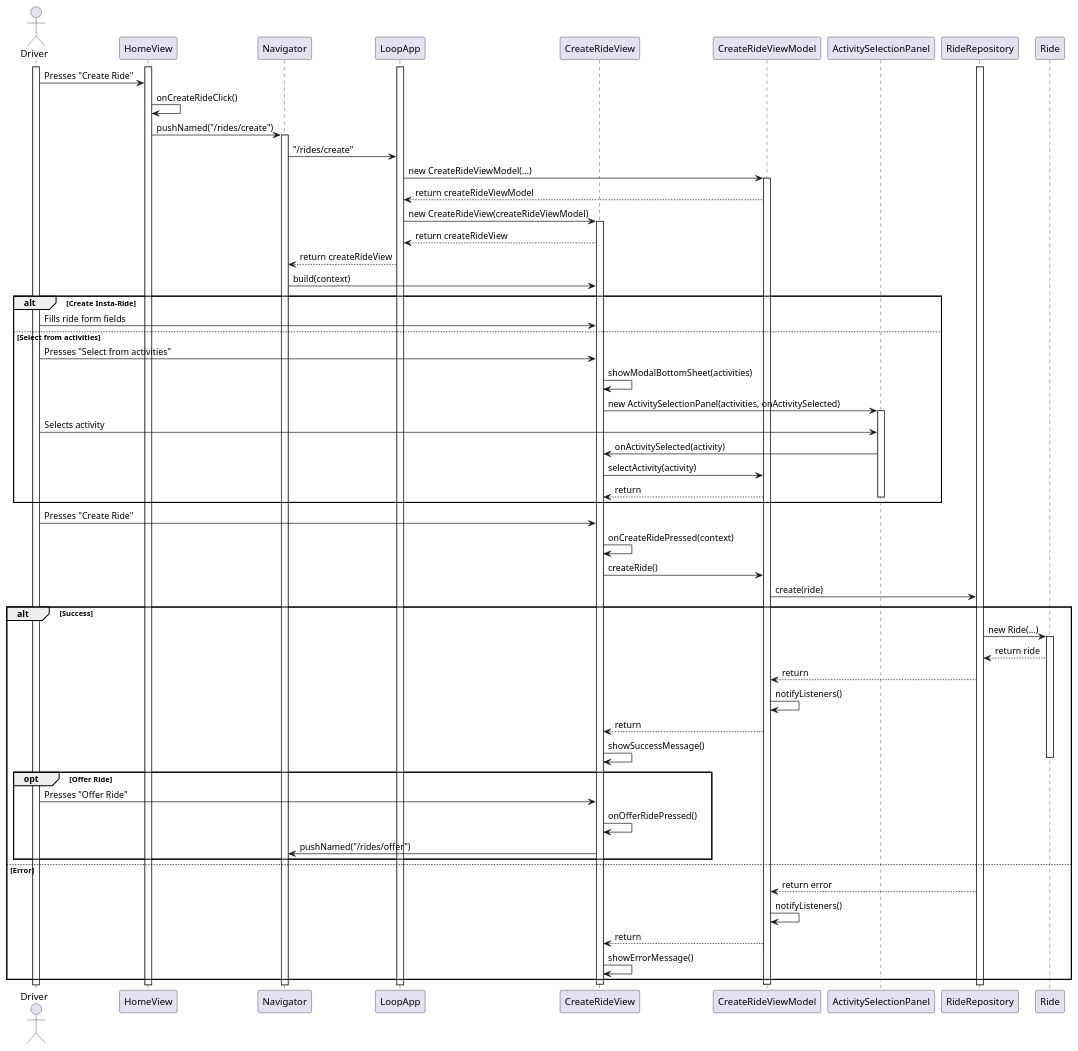
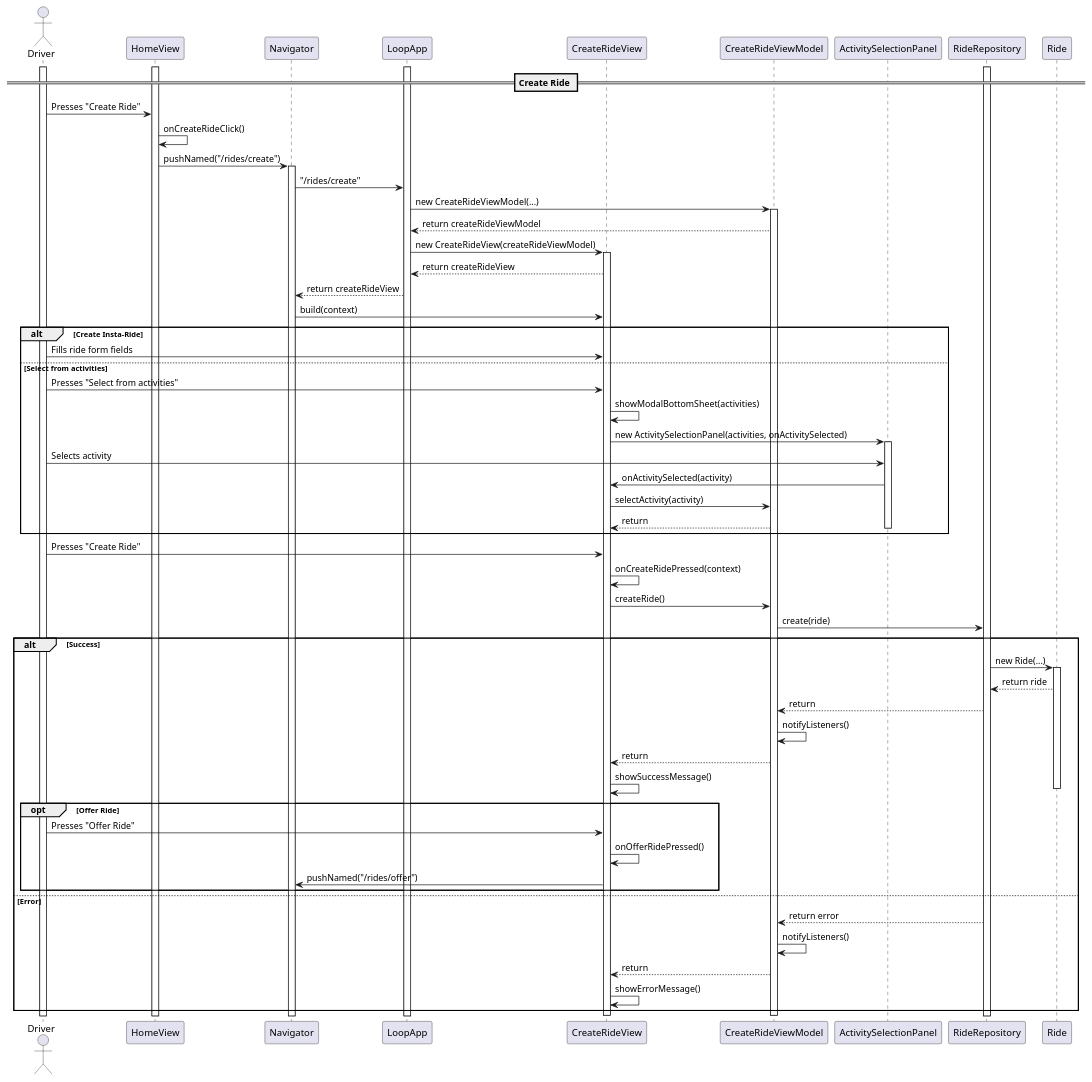
Before and after one commit to YannisRavasopoulos/ProjectSD_S6: the diagram in reports/sequence/create-ride.plantuml, drawn with PlantUML.

Commit message:
Add name

```diff
--- a/reports/sequence/create-ride.plantuml
+++ b/reports/sequence/create-ride.plantuml
@@ -1,74 +1,75 @@
 @startuml
 
 actor Driver
 
 participant HomeView
 participant Navigator
 participant LoopApp
 participant CreateRideView
 participant CreateRideViewModel
 participant ActivitySelectionPanel
 participant RideRepository
 
 activate Driver
 
-' Main flow: Driver starts creating a ride
+== Create Ride ==
+
 activate LoopApp
 activate RideRepository
 activate HomeView
 Driver -> HomeView: Presses "Create Ride"
 HomeView -> HomeView: onCreateRideClick()
 HomeView -> Navigator: pushNamed("/rides/create")
 activate Navigator
 Navigator -> LoopApp: "/rides/create"
 LoopApp -> CreateRideViewModel: new CreateRideViewModel(...)
 activate CreateRideViewModel
 CreateRideViewModel --> LoopApp: return createRideViewModel
 LoopApp -> CreateRideView: new CreateRideView(createRideViewModel)
 activate CreateRideView
 CreateRideView --> LoopApp: return createRideView
 LoopApp --> Navigator: return createRideView
 Navigator -> CreateRideView: build(context)
 
 alt Create Insta-Ride
     Driver -> CreateRideView: Fills ride form fields
 else Select from activities
     Driver -> CreateRideView: Presses "Select from activities"
     CreateRideView -> CreateRideView: showModalBottomSheet(activities)
     CreateRideView -> ActivitySelectionPanel: new ActivitySelectionPanel(activities, onActivitySelected)
     activate ActivitySelectionPanel
     Driver -> ActivitySelectionPanel: Selects activity
     ActivitySelectionPanel -> CreateRideView: onActivitySelected(activity)
     CreateRideView -> CreateRideViewModel: selectActivity(activity)
     CreateRideViewModel --> CreateRideView: return
     deactivate ActivitySelectionPanel
 end
 Driver -> CreateRideView: Presses "Create Ride"
 CreateRideView -> CreateRideView: onCreateRidePressed(context)
 CreateRideView -> CreateRideViewModel: createRide()
 CreateRideViewModel -> RideRepository: create(ride)
 alt Success
 RideRepository -> Ride: new Ride(...)
 activate Ride
 Ride --> RideRepository: return ride
 RideRepository --> CreateRideViewModel: return
 CreateRideViewModel -> CreateRideViewModel: notifyListeners()
 CreateRideViewModel --> CreateRideView: return
 CreateRideView -> CreateRideView: showSuccessMessage()
 deactivate Ride
 opt Offer Ride
     Driver -> CreateRideView: Presses "Offer Ride"
     CreateRideView -> CreateRideView: onOfferRidePressed()
     CreateRideView -> Navigator: pushNamed("/rides/offer")
 end
 else Error
 RideRepository --> CreateRideViewModel: return error
 CreateRideViewModel -> CreateRideViewModel: notifyListeners()
 CreateRideViewModel --> CreateRideView: return
 CreateRideView -> CreateRideView: showErrorMessage()
 end
 
 deactivate CreateRideViewModel
 deactivate CreateRideView
 
 @enduml
```
